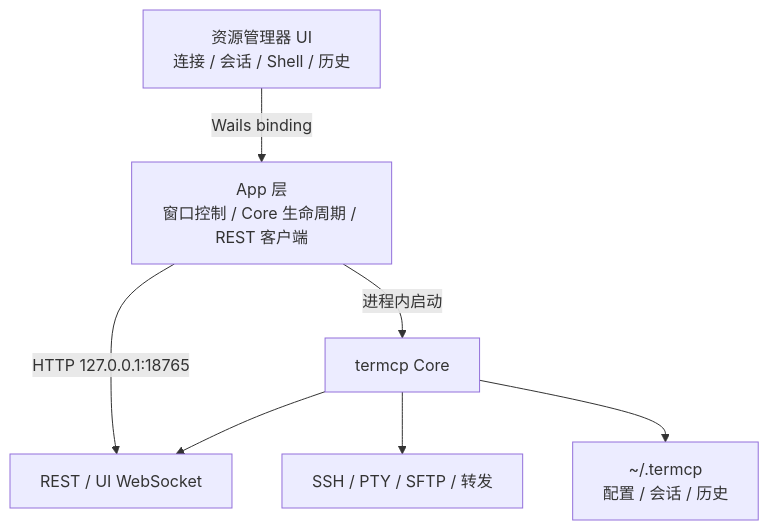
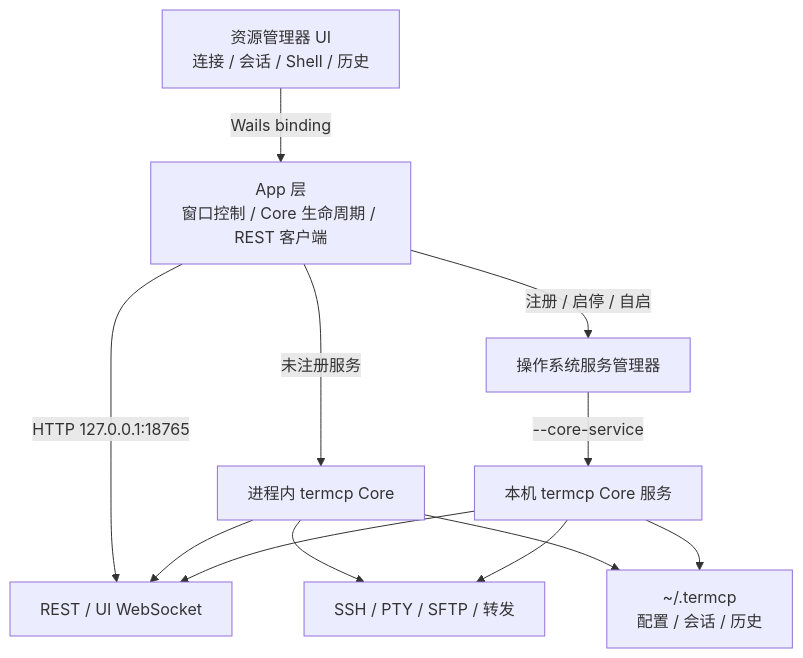
The diagram in docs/architecture.md (open-mcp-ai/Termcp-Desktop), drawn with Mermaid before and after one commit. The commit also changed other lines of this file and 35 other files, not shown here.

Commit message:
feat: complete local core and SSH management

````diff
--- a/docs/architecture.md
+++ b/docs/architecture.md
@@ -5,9 +5,14 @@
 ```mermaid
 flowchart TB
     UI[资源管理器 UI\n连接 / 会话 / Shell / 历史] -->|Wails binding| APP[App 层\n窗口控制 / Core 生命周期 / REST 客户端]
-    APP -->|进程内启动| CORE[termcp Core]
+    APP -->|未注册服务| CORE[进程内 termcp Core]
+    APP -->|注册 / 启停 / 自启| OS[操作系统服务管理器]
+    OS -->|--core-service| DAEMON[本机 termcp Core 服务]
     APP -->|HTTP 127.0.0.1:18765| API[REST / UI WebSocket]
     CORE --> API
+    DAEMON --> API
     CORE --> SSH[SSH / PTY / SFTP / 转发]
     CORE --> DATA[~/.termcp\n配置 / 会话 / 历史]
+    DAEMON --> SSH
+    DAEMON --> DATA
 ```
````
